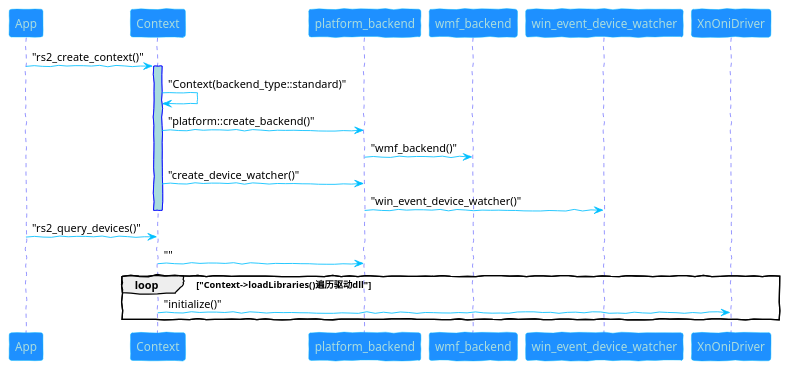
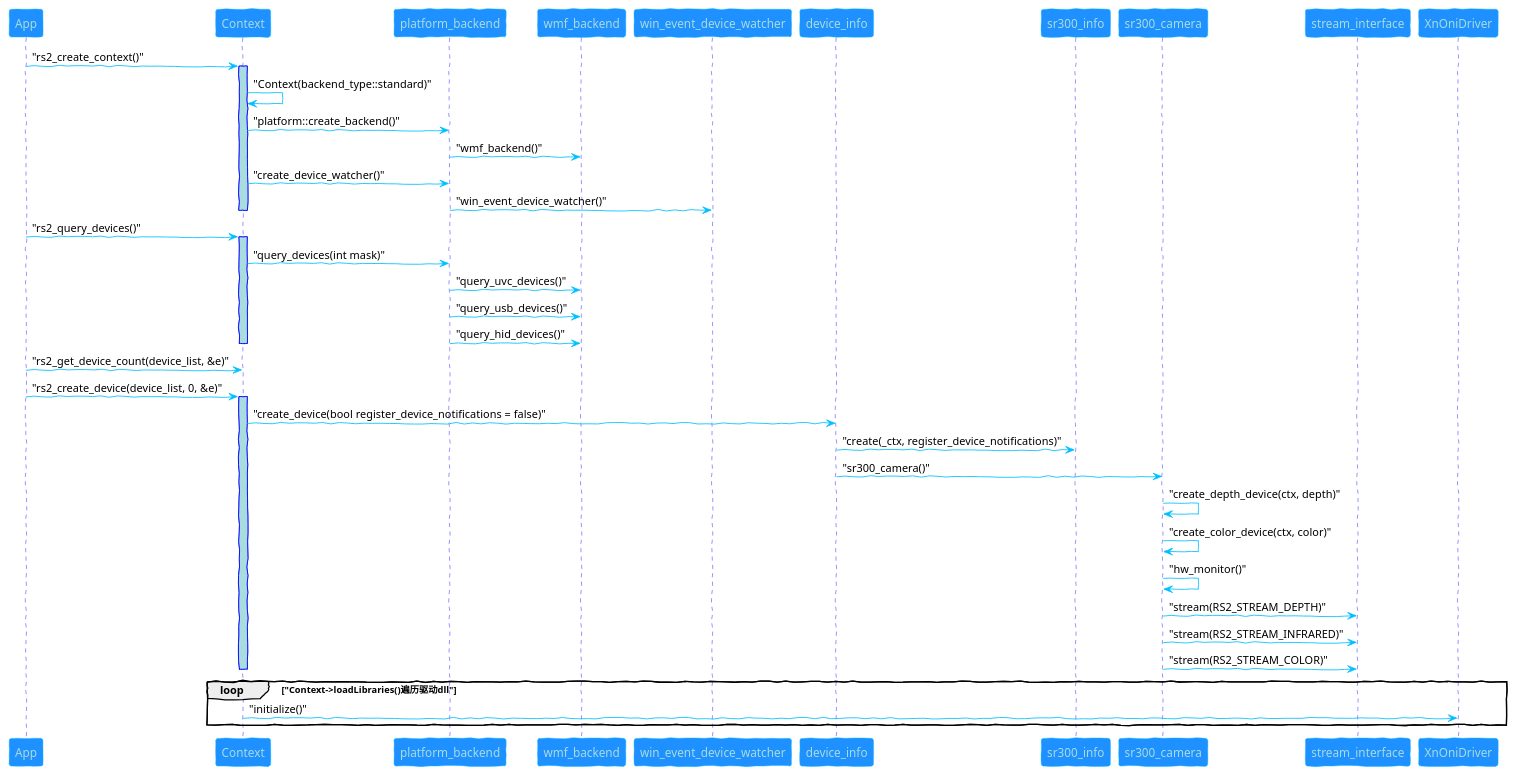
Before and after one commit to frank2019/tech_note_blog: the diagram in common/plantuml/samples/librealsense_sequence_chart.puml, drawn with PlantUML.

Commit message:
realsense

```diff
--- a/common/plantuml/samples/librealsense_sequence_chart.puml
+++ b/common/plantuml/samples/librealsense_sequence_chart.puml
@@ -1,45 +1,70 @@
 @startuml
 
 skinparam backfroundColor #EEEBDC
 skinparam handwritten true
 
 skinparam sequence {
 
     ArrowColor DeepSkyBlue
     ActorBorderColor blue
     LifeLineBorderColor blue
     LifeLineBackgroundColor #A9DCDF
 
     ParticipantBorderColor DeepSkyBlue
     ParticipantBackgroundColor DodgerBlue
     ParticipantFontName Aapex
     ParticipantFontColor #A9DCDF
 
     ActorBackgroundColor aqua
     ActorFontColor DeepSkyBlue
     ActorFontSize 17
     ActorFontName Aapex
 }
 
 App->Context:"rs2_create_context()"
 activate Context
 Context->Context:"Context(backend_type::standard)"
 Context->platform_backend:"platform::create_backend()"
 platform_backend->wmf_backend:"wmf_backend()"
 Context->platform_backend:"create_device_watcher()"
 platform_backend->win_event_device_watcher:"win_event_device_watcher()"
 deactivate Context
 
+
 App->Context:"rs2_query_devices()"
+activate Context
+Context->platform_backend:"query_devices(int mask)"
+platform_backend->wmf_backend:"query_uvc_devices()"
+platform_backend->wmf_backend:"query_usb_devices()"
+platform_backend->wmf_backend:"query_hid_devices()"
+deactivate Context
 
-Context->platform_backend:""
+
+
+App->Context:"rs2_get_device_count(device_list, &e)"
+
+
+App->Context:"rs2_create_device(device_list, 0, &e)"
+activate Context
+Context->device_info:"create_device(bool register_device_notifications = false)"
+device_info->sr300_info:"create(_ctx, register_device_notifications)"
+device_info->sr300_camera:"sr300_camera()"
+sr300_camera->sr300_camera:"create_depth_device(ctx, depth)"
+sr300_camera->sr300_camera:"create_color_device(ctx, color)"
+sr300_camera->sr300_camera:"hw_monitor()"
+sr300_camera->stream_interface:"stream(RS2_STREAM_DEPTH)"
+sr300_camera->stream_interface:"stream(RS2_STREAM_INFRARED)"
+sr300_camera->stream_interface:"stream(RS2_STREAM_COLOR)"
+
+deactivate Context
+
 
 loop "Context->loadLibraries()遍历驱动dll"
 Context->XnOniDriver:"initialize()"
 
 end
 
 
 
 
 @enduml
```
